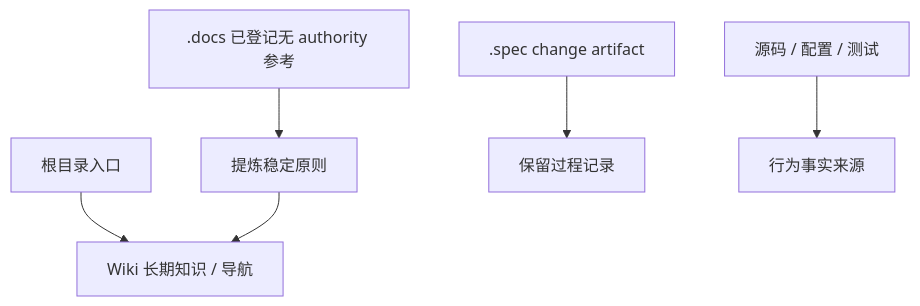
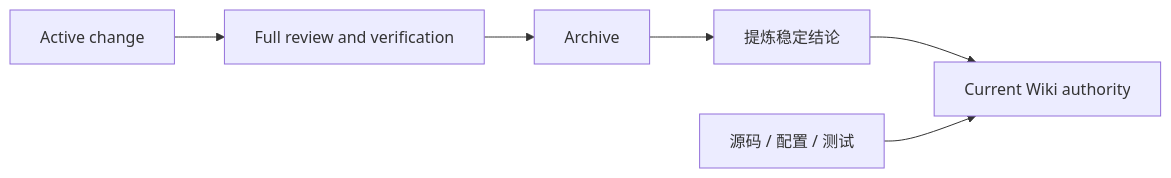
Before and after one commit to baiyucraft/SpecWiki: the diagram in .wiki/00-文档约定/04-文档盘点与沉淀规则.md, drawn with Mermaid. The commit also changed other lines of this file and 102 other files, not shown here.

Commit message:
docs: align SpecWiki Lite public documentation

````diff
--- a/.wiki/00-文档约定/04-文档盘点与沉淀规则.md
+++ b/.wiki/00-文档约定/04-文档盘点与沉淀规则.md
@@ -14,8 +25,8 @@
 ```mermaid
-flowchart TD
-  Root["根目录入口"] --> Wiki["Wiki 长期知识 / 导航"]
-  Docs[".docs 已登记无 authority 参考"] --> Extract["提炼稳定原则"]
-  Spec[".spec change artifact"] --> Archive["保留过程记录"]
-  Code["源码 / 配置 / 测试"] --> Truth["行为事实来源"]
-  Extract --> Wiki
+flowchart LR
+  Change["Active change"] --> Review["Full review and verification"]
+  Review --> Archive["Archive"]
+  Archive --> Extract["提炼稳定结论"]
+  Extract --> Wiki["Current Wiki authority"]
+  Code["源码 / 配置 / 测试"] --> Wiki
 ```
````
